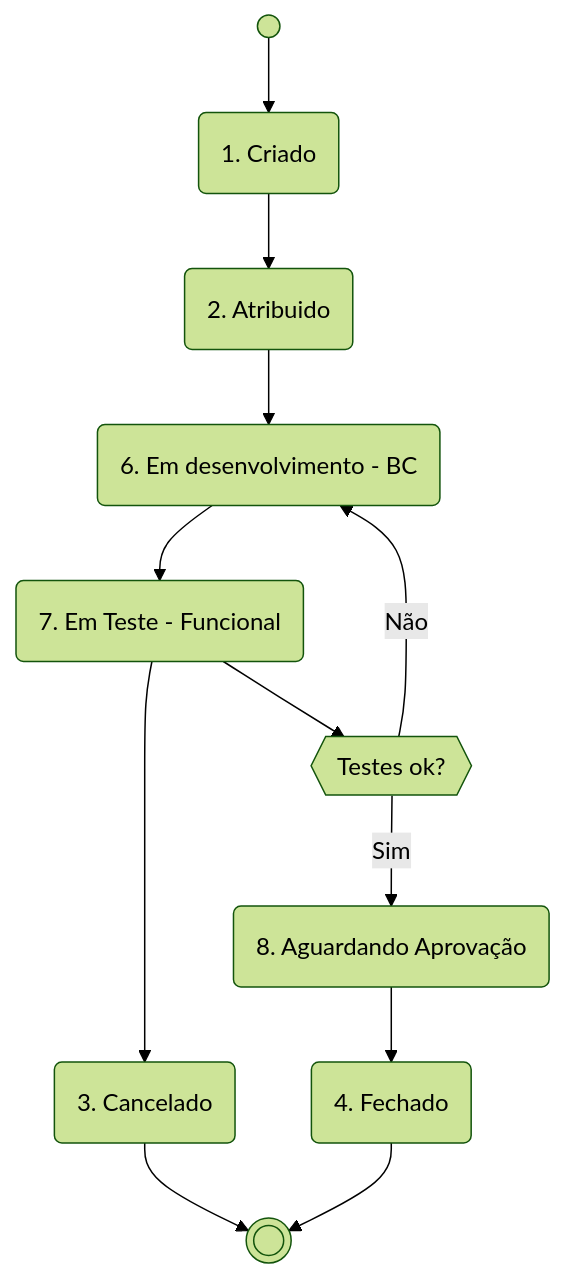
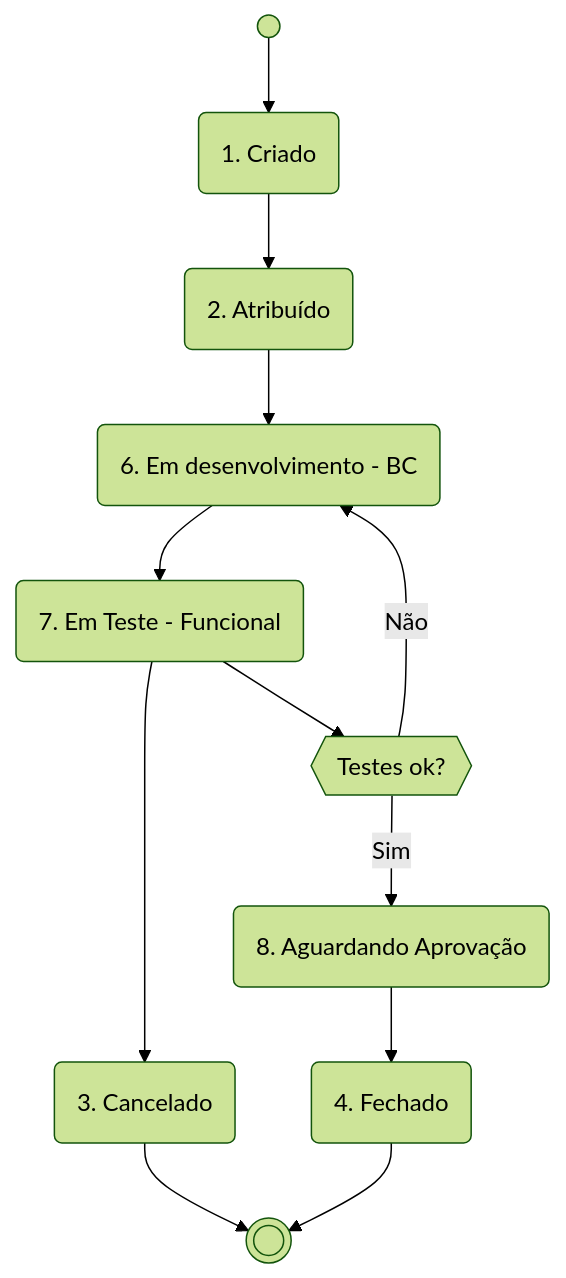
The third of 3 diagrams in README.md (edmilson-nascimento/Quermesse), drawn with Mermaid (forest theme) before and after one commit. The commit also changed other lines of this file, not shown here.

````diff
--- a/README.md
+++ b/README.md
@@ -122,19 +122,19 @@
 ```mermaid
 flowchart TD
     start((" ")) --> Q1
-    Q1(1. Criado) --> Q2(2. Atribuido)
+    Q1(1. Criado) --> Q2(2. Atribuído)
     Q2 --> Desenvolvimento-BC
     Desenvolvimento-BC(6. Em desenvolvimento - BC) --> Q4(7. Em Teste - Funcional)
 
 %%  saida de cancelamento
     Q4 --> Q3(3. Cancelado)
     Q3 --> End(((" ")))
 
     Q4 --> QQ{{Testes ok?}}
     QQ -- Sim --> Q5(8. Aguardando Aprovação)
     QQ -- Não --> Desenvolvimento-BC
 %%  Desenvolvimento-BC --> Q6(Case SAP criado)
 %%  Q6 --> Q4
     Q5 --> Q9(4. Fechado)
     Q9 --> End(((" ")))
 ```
````
